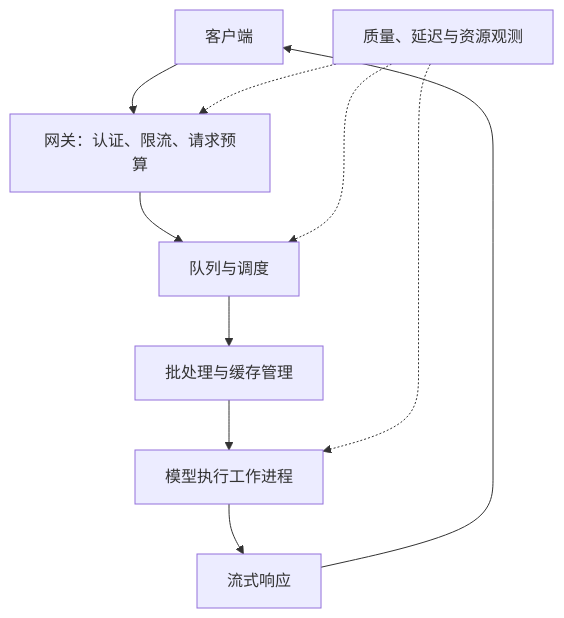
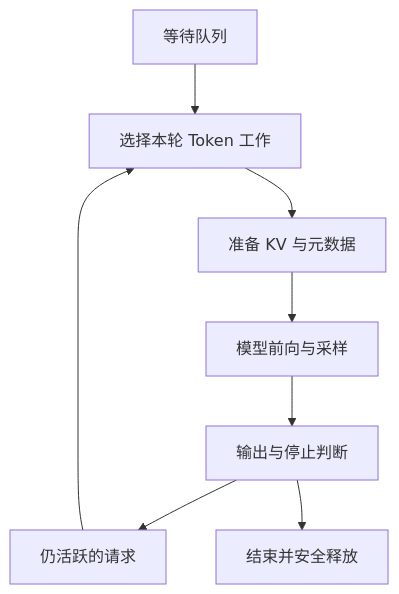
The diagram in docs/10-serving-and-distributed.md (miauyle/ai-systems-architecture-guide), drawn with Mermaid before and after one commit. The commit also changed other lines of this file and 23 other files, not shown here.

````diff
--- a/docs/10-serving-and-distributed.md
+++ b/docs/10-serving-and-distributed.md
@@ -7,12 +33,10 @@
 ```mermaid
 flowchart TB
-    U[客户端] --> G[网关：认证、限流、请求预算]
-    G --> Q[队列与调度]
-    Q --> B[批处理与缓存管理]
-    B --> W[模型执行工作进程]
-    W --> O[流式响应]
-    O --> U
-    M[质量、延迟与资源观测] -.-> G
-    M -.-> Q
-    M -.-> W
+    Q[等待队列] --> S[选择本轮 Token 工作]
+    R[仍活跃的请求] --> S
+    S --> K[准备 KV 与元数据]
+    K --> G[模型前向与采样]
+    G --> O[输出与停止判断]
+    O --> R
+    O --> F[结束并安全释放]
 ```
````
